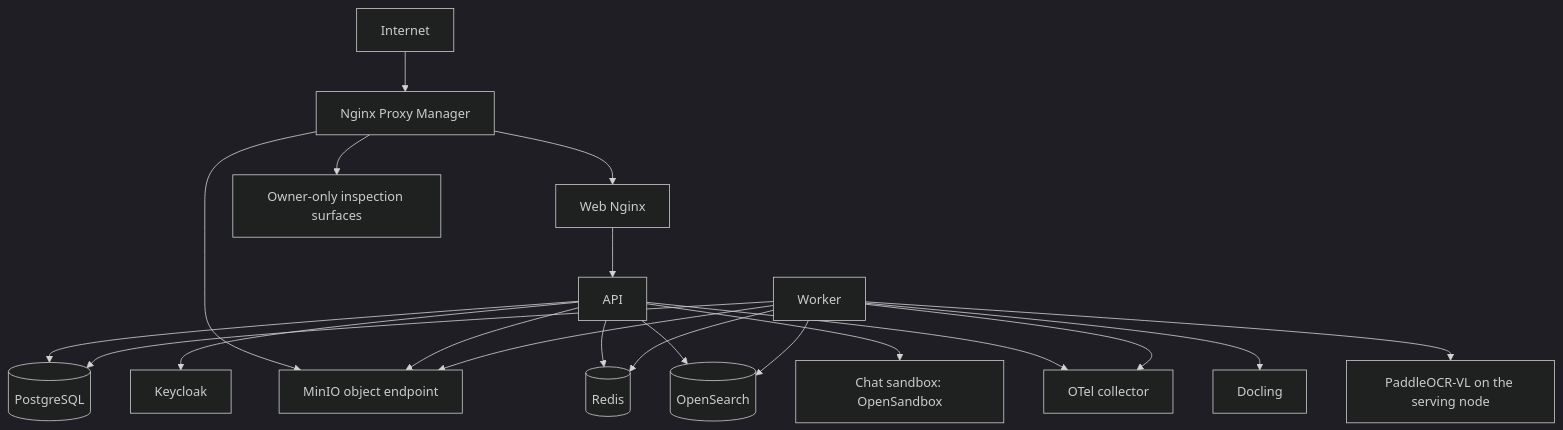
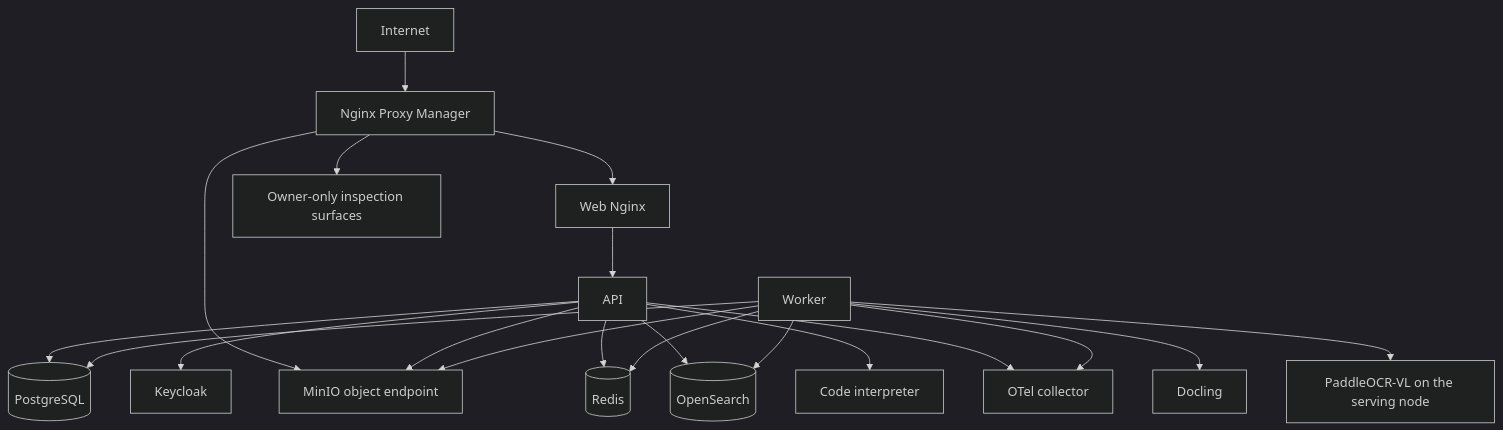
One commit to kl3inIT/MemoryOS changed the sixth of 6 diagrams in ARCHITECTURE.md. Above: the diagram before and after it, drawn with Mermaid (dark theme). The commit also changed other lines of this file and 179 other files, not shown here.

First line of the commit message:
feat(capstone-cleanup): code execution runs in memoryos-interpreter again

````diff
--- a/ARCHITECTURE.md
+++ b/ARCHITECTURE.md
@@ -332,22 +326,22 @@
 ```mermaid
 flowchart TB
     INTERNET[Internet] --> NPM[Nginx Proxy Manager]
     NPM --> WEB[Web Nginx]
     NPM --> MINIO[MinIO object endpoint]
     NPM --> INSPECT[Owner-only inspection surfaces]
     WEB --> API
     API --> PG[(PostgreSQL)]
     API --> KC[Keycloak]
     API --> MINIO
     API --> REDIS[(Redis)]
     API --> OPENSEARCH[(OpenSearch)]
-    API --> SANDBOX[Chat sandbox: OpenSandbox]
+    API --> INTERP[Code interpreter]
     WORKER[Worker] --> PG
     WORKER --> REDIS
     WORKER --> MINIO
     WORKER --> OPENSEARCH
     WORKER --> DOCLING[Docling]
     WORKER --> PADDLE[PaddleOCR-VL on the serving node]
     API --> OTEL[OTel collector]
     WORKER --> OTEL
 ```
````
